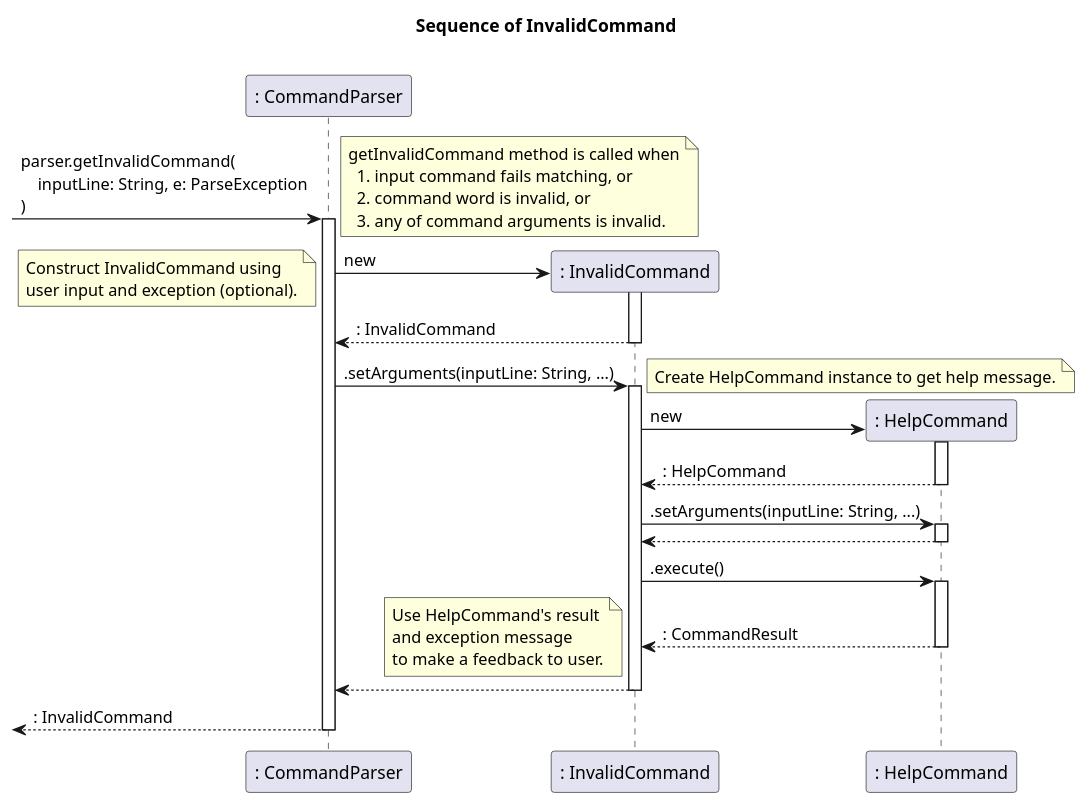
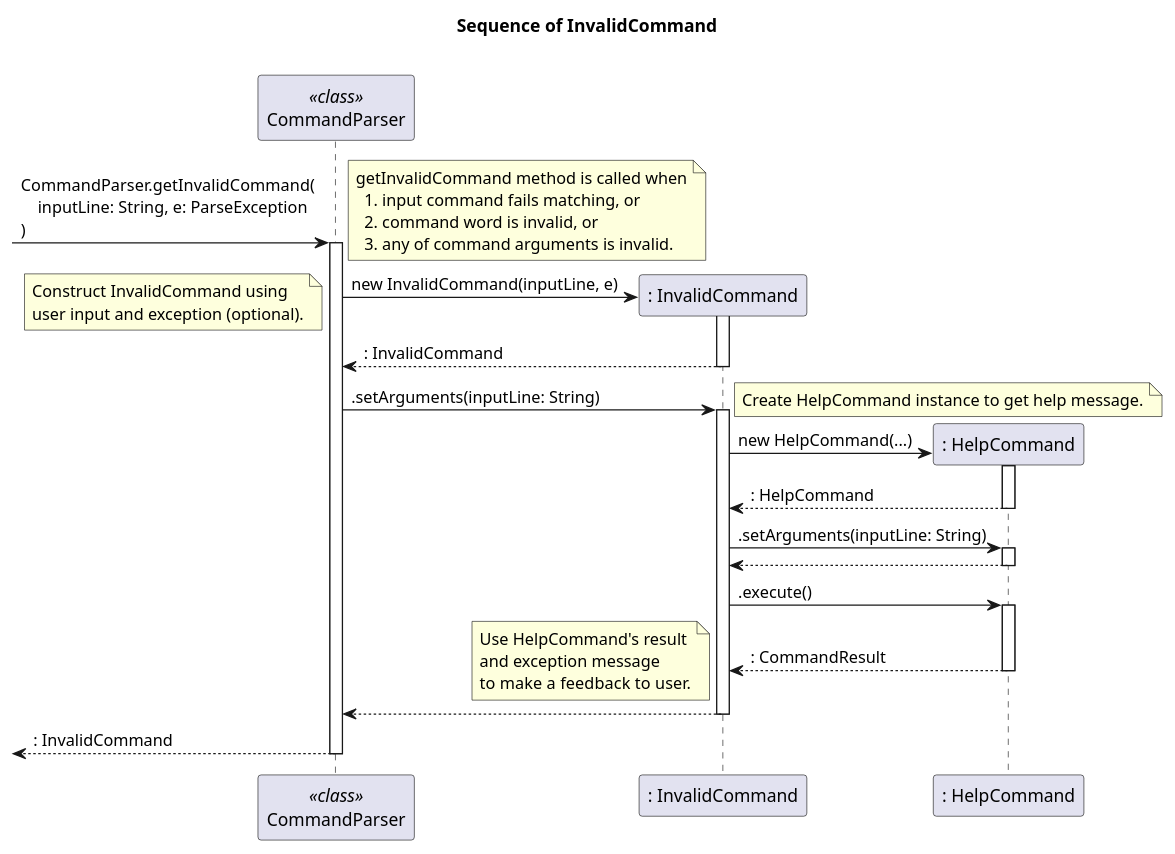
The diagram in docs/diagrams/InvalidCommand.puml (nus-cs2113-AY2324S1/tp), drawn with PlantUML before and after one commit. The commit also changed 5 other files, not shown here.

Commit message:
Fix diagrams

```diff
--- a/docs/diagrams/InvalidCommand.puml
+++ b/docs/diagrams/InvalidCommand.puml
@@ -1,42 +1,42 @@
 @startuml
 
 title Sequence of InvalidCommand\n
 
-participant ": CommandParser" as parser
+participant "<i><<class>></i>\nCommandParser" as parser
 participant ": InvalidCommand" as invalidCmd
 participant ": HelpCommand" as helpCmd
 
-[-> parser ++: parser.getInvalidCommand(\n    inputLine: String, e: ParseException\n)
+[-> parser ++: CommandParser.getInvalidCommand(\n    inputLine: String, e: ParseException\n)
 note left
 getInvalidCommand method is called when
   1. input command fails matching, or
   2. command word is invalid, or
   3. any of command arguments is invalid.
 end note
 
 create invalidCmd
-parser -> invalidCmd ++: new
+parser -> invalidCmd ++: new InvalidCommand(inputLine, e)
 note left: Construct InvalidCommand using\nuser input and exception (optional).
 return : InvalidCommand
 
-parser -> invalidCmd ++: .setArguments(inputLine: String, ...)
+parser -> invalidCmd ++: .setArguments(inputLine: String)
 note right: Create HelpCommand instance to get help message.
 
 create helpCmd
-invalidCmd -> helpCmd ++: new
+invalidCmd -> helpCmd ++: new HelpCommand(...)
 return : HelpCommand
-invalidCmd -> helpCmd ++: .setArguments(inputLine: String, ...)
+invalidCmd -> helpCmd ++: .setArguments(inputLine: String)
 return
 invalidCmd -> helpCmd ++: .execute()
 return : CommandResult
 note left
 Use HelpCommand's result
 and exception message
 to make a feedback to user.
 end note
 
 return
 
 return : InvalidCommand
 
 @enduml
```
